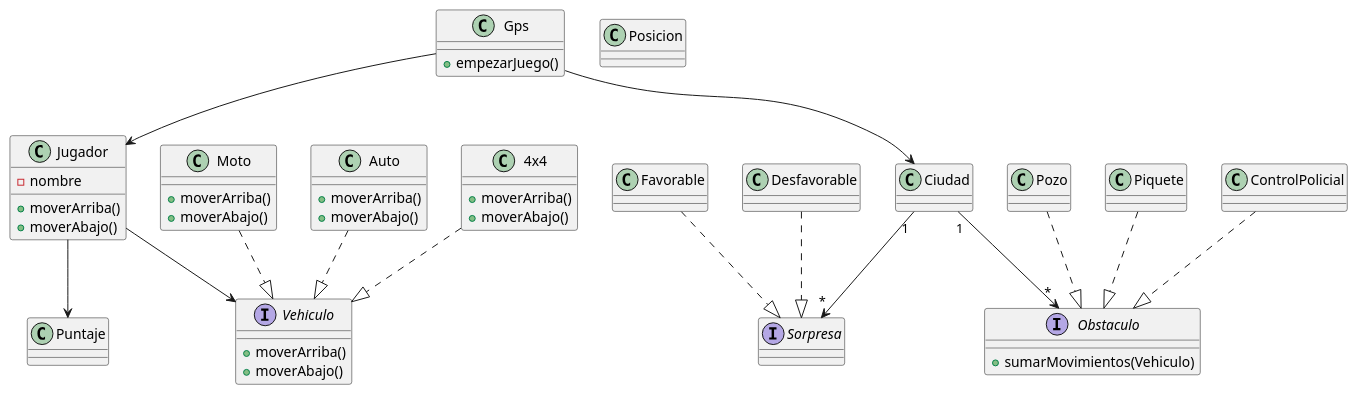
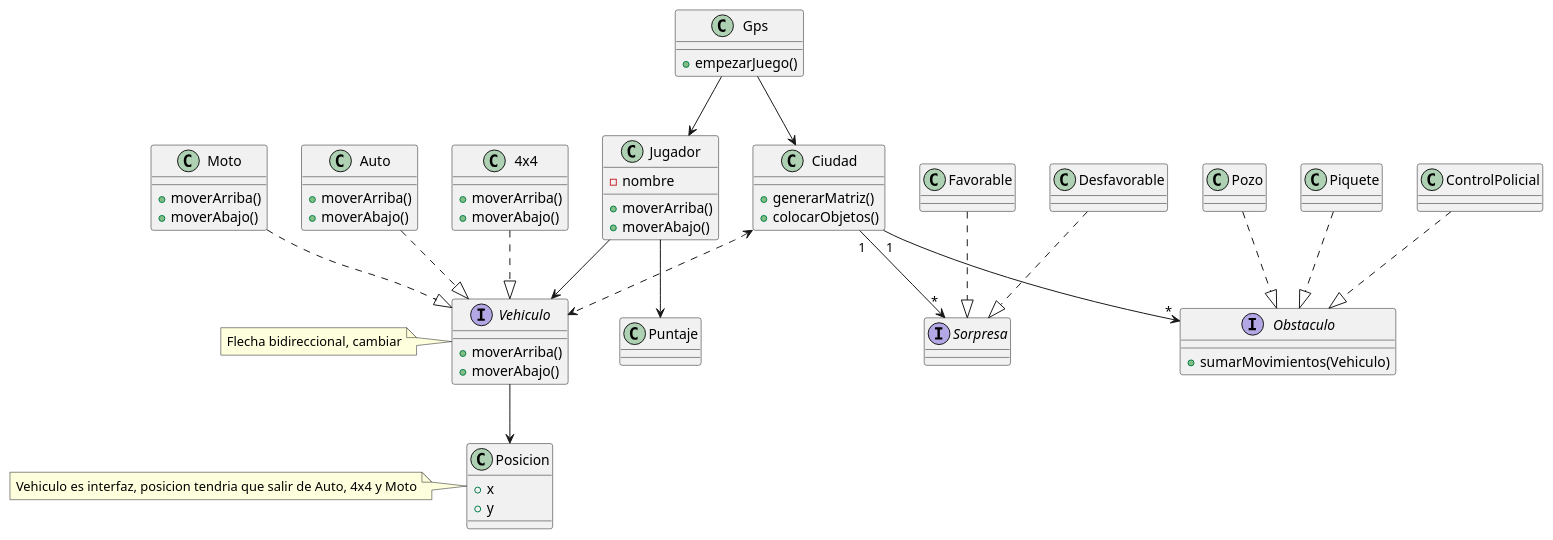
The diagram in diagrams/Entrega0/DiagramaDeClases.puml (Fanusaez/algo3_tp2_2022), drawn with PlantUML before and after one commit. The commit also changed 1 other file, not shown here.

Commit message:
Actualizacion del Diagrama de Clases Creacion del Diagrama de Secuencia para ejemplo: Una moto atraviesa la grilla sin obstáculos y la cantidad de movimientos es X.

```diff
--- a/diagrams/Entrega0/DiagramaDeClases.puml
+++ b/diagrams/Entrega0/DiagramaDeClases.puml
@@ -1,81 +1,91 @@
 @startuml
 'https://plantuml.com/class-diagram
 
 class Gps{
     + empezarJuego()
 }
 
 class Jugador{
     - nombre
 
     + moverArriba()
     + moverAbajo()
 }
 
 interface Vehiculo{
     + moverArriba()
     + moverAbajo()
 }
 
 class Moto{
     + moverArriba()
     + moverAbajo()
 }
 class Auto{
     + moverArriba()
     + moverAbajo()
 }
 
 class 4x4{
     + moverArriba()
     + moverAbajo()
 }
 
 class Ciudad{
+    + generarMatriz()
+    + colocarObjetos()
+}
 
+class Posicion{
+    + x
+    + y
 }
 
 interface Sorpresa{
 }
 
 class Favorable{}
 
 class Desfavorable{}
 
 interface Obstaculo{
     + sumarMovimientos(Vehiculo)
 }
 
 class Pozo{}
 
 class Piquete{}
 
 class ControlPolicial{}
 
 class Posicion{
 
 }
 
 class Puntaje{
 }
 Moto ..|> Vehiculo
 Auto ..|> Vehiculo
 4x4 ..|> Vehiculo
 Gps --> Jugador
 Gps --> Ciudad
 Ciudad "1"--> "*" Obstaculo
+Vehiculo --> Posicion
+Note left of Posicion: Vehiculo es interfaz, posicion tendria que salir de Auto, 4x4 y Moto
 Pozo ..|> Obstaculo
 Piquete ..|> Obstaculo
 ControlPolicial ..|> Obstaculo
 Ciudad "1" --> "*" Sorpresa
+Ciudad <..> Vehiculo
+Note left of Vehiculo: Flecha bidireccional, cambiar
 Favorable ..|> Sorpresa
 Desfavorable ..|> Sorpresa
 Jugador --> Vehiculo
 Jugador --> Puntaje
 
 
 
 
 
 
 @enduml
```
